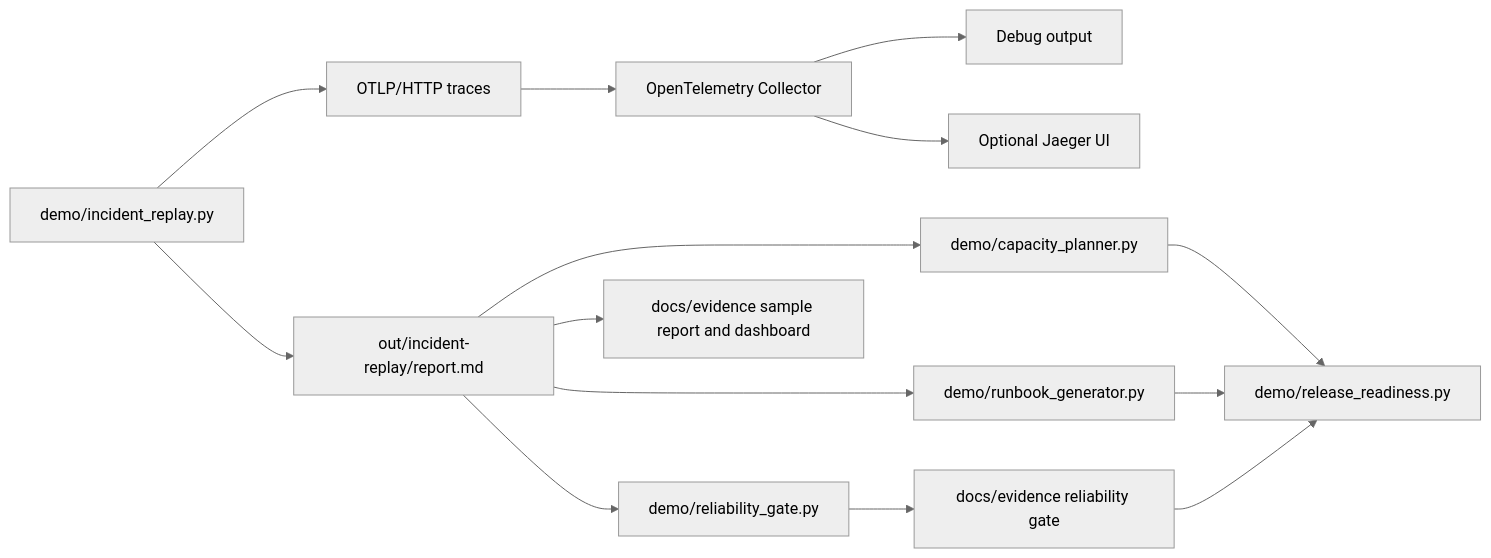
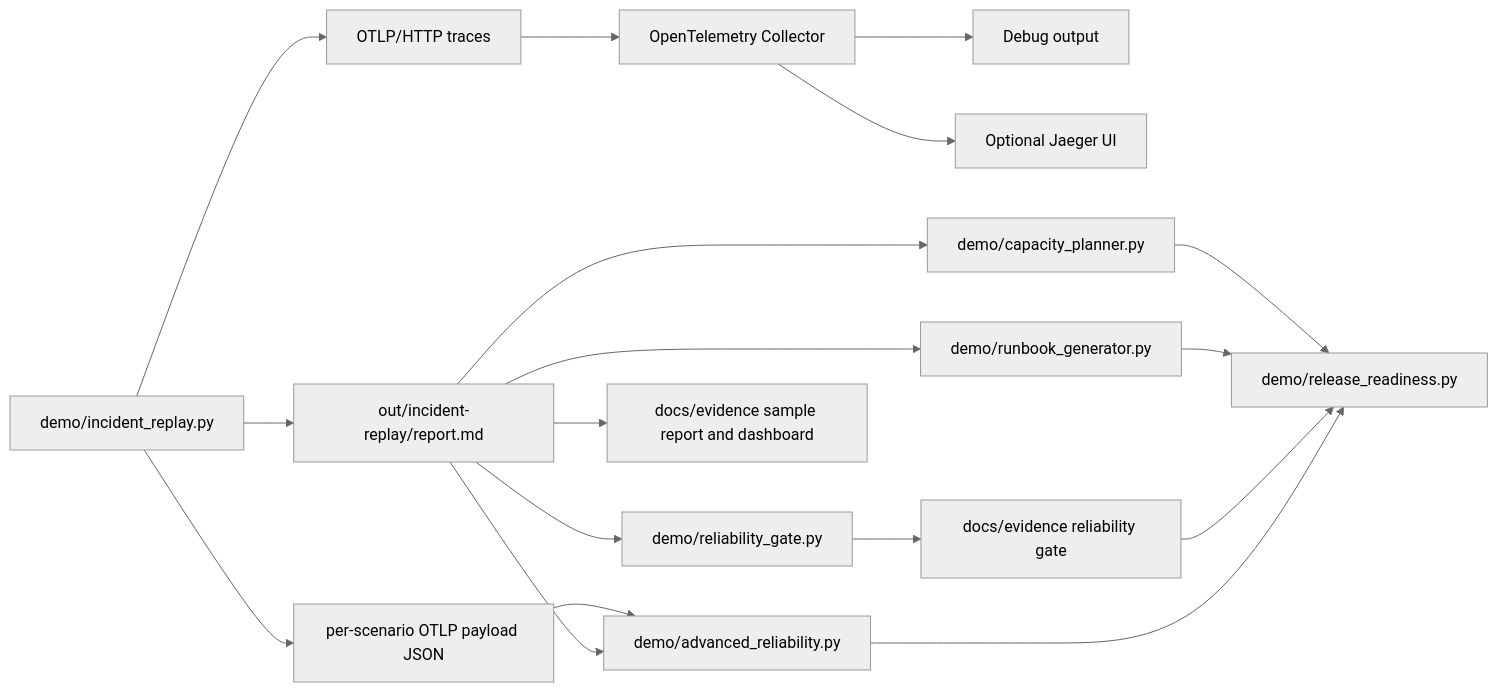
The diagram in docs/architecture/incident-replay.md (Haihan-Jiang/gke-ai-workload-observability-recipes), drawn with Mermaid (neutral theme) before and after one commit. The commit also changed other lines of this file and 27 other files, not shown here.

Commit message:
Add advanced reliability controls

````diff
--- a/docs/architecture/incident-replay.md
+++ b/docs/architecture/incident-replay.md
@@ -9,16 +9,20 @@
 ```mermaid
 flowchart LR
 replay["demo/incident_replay.py"] --> otlp["OTLP/HTTP traces"]
+replay --> payloads["per-scenario OTLP payload JSON"]
 otlp --> collector["OpenTelemetry Collector"]
 collector --> debug["Debug output"]
 collector --> jaeger["Optional Jaeger UI"]
 replay --> report["out/incident-replay/report.md"]
 report --> gate["demo/reliability_gate.py"]
 gate --> gateEvidence["docs/evidence reliability gate"]
 report --> capacity["demo/capacity_planner.py"]
 report --> runbooks["demo/runbook_generator.py"]
+payloads --> advanced["demo/advanced_reliability.py"]
+report --> advanced
 capacity --> readiness["demo/release_readiness.py"]
 runbooks --> readiness
 gateEvidence --> readiness
+advanced --> readiness
 report --> evidence["docs/evidence sample report and dashboard"]
 ```
````
